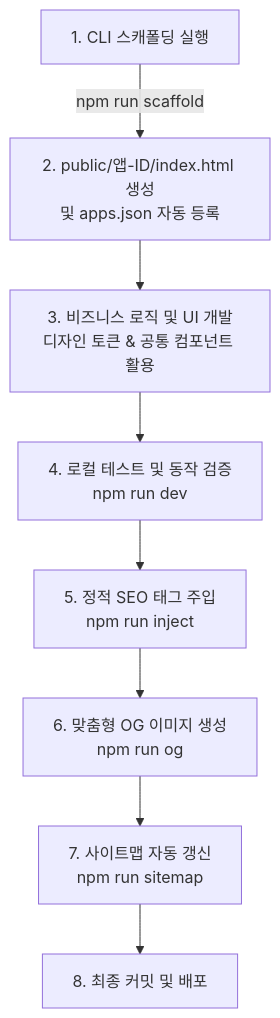
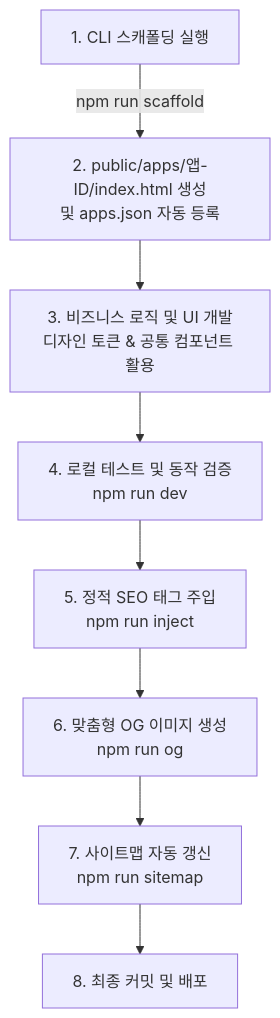
One commit to eduinside/byeduin-labs changed the diagram in docs/app-development-guide.md. Above: the diagram before and after it, drawn with Mermaid. The commit also changed other lines of this file, not shown here.

Commit message:
docs: app-development-guide 경로 오표기 수정 (public/앱-ID → public/apps/앱-ID)

````diff
--- a/docs/app-development-guide.md
+++ b/docs/app-development-guide.md
@@ -13,10 +13,10 @@
 ```mermaid
 flowchart TD
-    A[1. CLI 스캐폴딩 실행] -->|npm run scaffold| B[2. public/앱-ID/index.html 생성<br>및 apps.json 자동 등록]
+    A[1. CLI 스캐폴딩 실행] -->|npm run scaffold| B[2. public/apps/앱-ID/index.html 생성<br>및 apps.json 자동 등록]
     B --> C[3. 비즈니스 로직 및 UI 개발<br>디자인 토큰 & 공통 컴포넌트 활용]
     C --> D[4. 로컬 테스트 및 동작 검증<br>npm run dev]
     D --> E[5. 정적 SEO 태그 주입<br>npm run inject]
     E --> F[6. 맞춤형 OG 이미지 생성<br>npm run og]
     F --> G[7. 사이트맵 자동 갱신<br>npm run sitemap]
     G --> H[8. 최종 커밋 및 배포]
 ```
````
